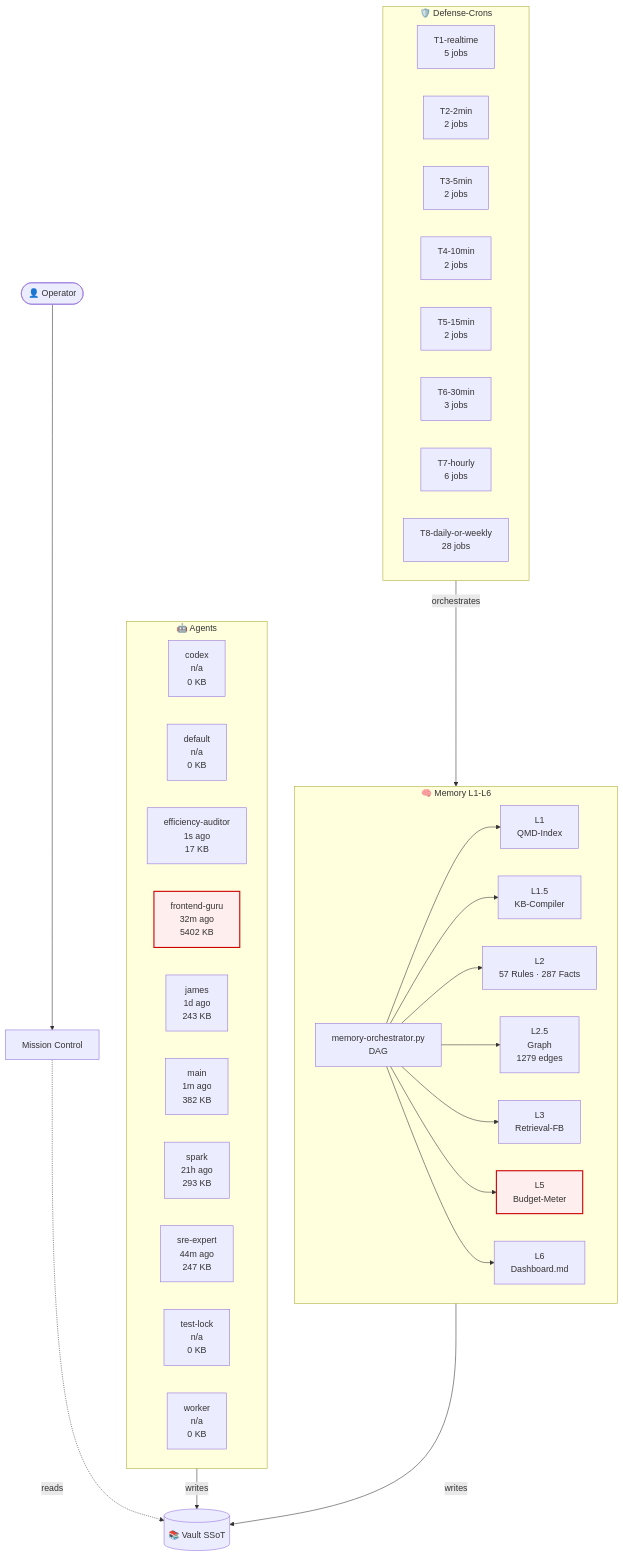
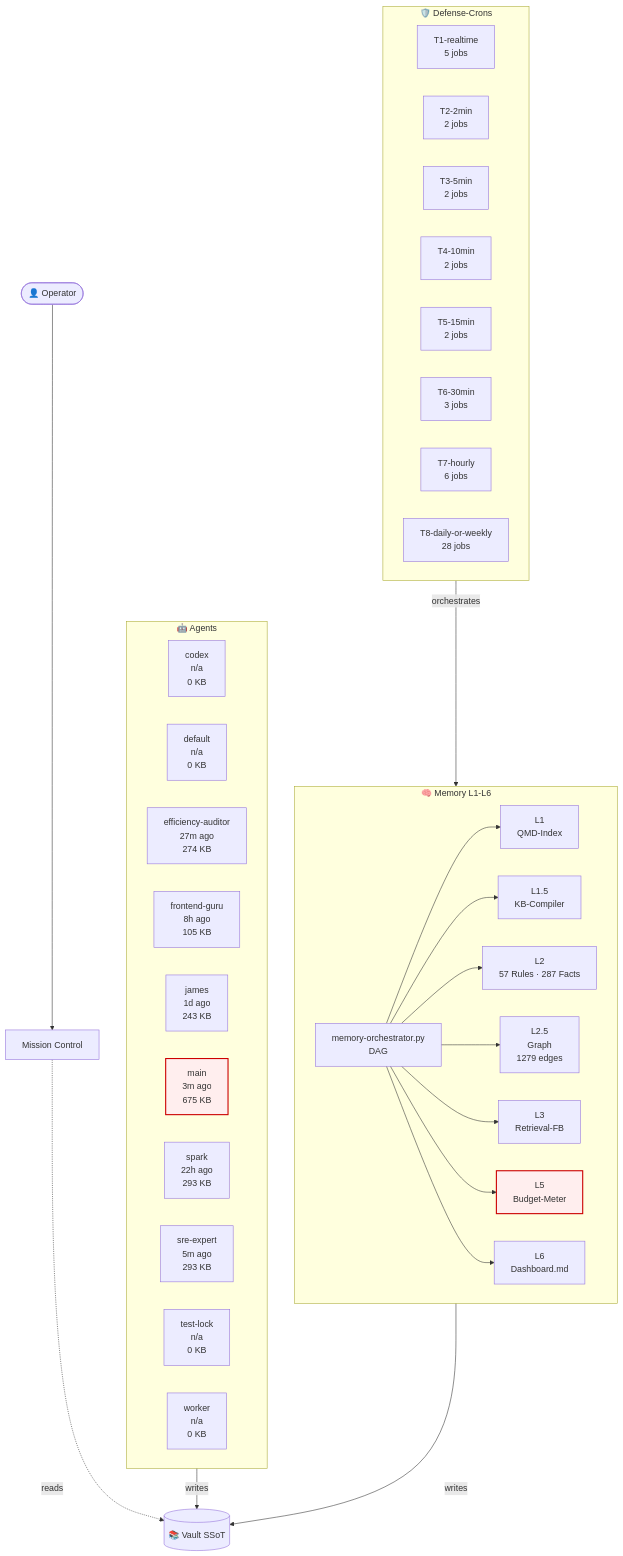
The diagram in 03-Agents/architecture-live.md (lenardhuebner88-rgb/openclaw-memory), drawn with Mermaid before and after one commit. The commit also changed other lines of this file and 5 other files, not shown here.

````diff
--- a/03-Agents/architecture-live.md
+++ b/03-Agents/architecture-live.md
@@ -18,53 +18,53 @@
 ```mermaid
 flowchart TB
     classDef critical fill:#fee,stroke:#c00,stroke-width:2px;
     subgraph AGT["🤖 Agents"]
         agent_codex["codex<br/>n/a<br/>0 KB"]
         agent_default["default<br/>n/a<br/>0 KB"]
-        agent_efficiency_auditor["efficiency-auditor<br/>1s ago<br/>17 KB"]
-        agent_frontend_guru["frontend-guru<br/>32m ago<br/>5402 KB"]
+        agent_efficiency_auditor["efficiency-auditor<br/>27m ago<br/>274 KB"]
+        agent_frontend_guru["frontend-guru<br/>8h ago<br/>105 KB"]
         agent_james["james<br/>1d ago<br/>243 KB"]
-        agent_main["main<br/>1m ago<br/>382 KB"]
-        agent_spark["spark<br/>21h ago<br/>293 KB"]
-        agent_sre_expert["sre-expert<br/>44m ago<br/>247 KB"]
+        agent_main["main<br/>3m ago<br/>675 KB"]
+        agent_spark["spark<br/>22h ago<br/>293 KB"]
+        agent_sre_expert["sre-expert<br/>5m ago<br/>293 KB"]
         agent_test_lock["test-lock<br/>n/a<br/>0 KB"]
         agent_worker["worker<br/>n/a<br/>0 KB"]
     end
     subgraph MEM["🧠 Memory L1-L6"]
         L1["L1<br/>QMD-Index"]
         L15["L1.5<br/>KB-Compiler"]
         L2["L2<br/>57 Rules · 287 Facts"]
         L25["L2.5<br/>Graph<br/>1279 edges"]
         L3["L3<br/>Retrieval-FB"]
         L5["L5<br/>Budget-Meter"]
         L6["L6<br/>Dashboard.md"]
         ORCH["memory-orchestrator.py<br/>DAG"]
     end
     subgraph CRN["🛡️ Defense-Crons"]
         tier_T1_realtime["T1-realtime<br/>5 jobs"]
         tier_T2_2min["T2-2min<br/>2 jobs"]
         tier_T3_5min["T3-5min<br/>2 jobs"]
         tier_T4_10min["T4-10min<br/>2 jobs"]
         tier_T5_15min["T5-15min<br/>2 jobs"]
         tier_T6_30min["T6-30min<br/>3 jobs"]
         tier_T7_hourly["T7-hourly<br/>6 jobs"]
         tier_T8_daily_or_weekly["T8-daily-or-weekly<br/>28 jobs"]
     end
     VAULT[("📚 Vault SSoT")]
     OP([👤 Operator])
     MC["Mission Control"]
     OP --> MC
     MC -.reads.-> VAULT
     AGT -->|writes| VAULT
     MEM -->|writes| VAULT
     ORCH --> L1
     ORCH --> L15
     ORCH --> L2
     ORCH --> L25
     ORCH --> L3
     ORCH --> L5
     ORCH --> L6
     CRN -->|orchestrates| MEM
     class L5 critical
-    class agent_frontend_guru critical
+    class agent_main critical
 ```
````
